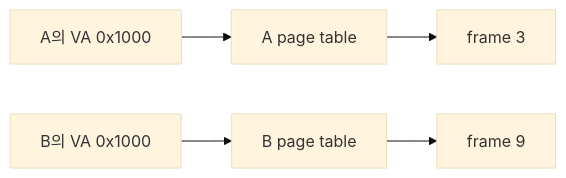
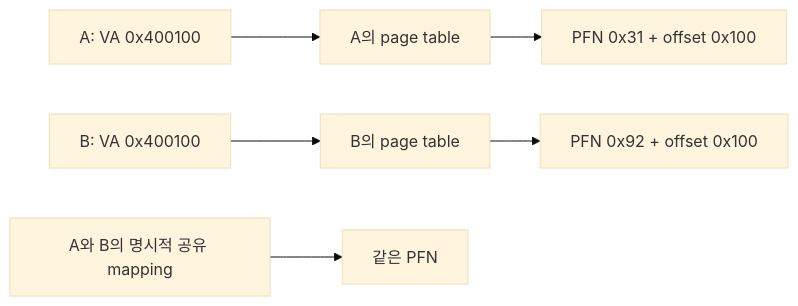
One commit to mj006648/netai-devsecops-runbook changed the diagram in learning/operating-systems/05-address-spaces.md. Above: the diagram before and after it, drawn with Mermaid (base theme). The commit also changed other lines of this file and 8 other files, not shown here.

````diff
--- a/learning/operating-systems/05-address-spaces.md
+++ b/learning/operating-systems/05-address-spaces.md
@@ -14,5 +11,6 @@
 ```mermaid
 flowchart LR
-    A[A의 VA 0x1000] --> PTA[A page table] --> FA[frame 3]
-    B[B의 VA 0x1000] --> PTB[B page table] --> FB[frame 9]
+    A[A: VA 0x400100] --> PTA[A의 page table] --> FA[PFN 0x31 + offset 0x100]
+    B[B: VA 0x400100] --> PTB[B의 page table] --> FB[PFN 0x92 + offset 0x100]
+    C[A와 B의 명시적 공유 mapping] --> SH[같은 PFN]
 ```
````
